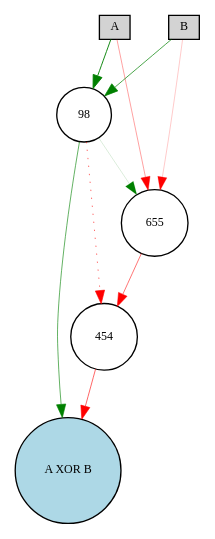
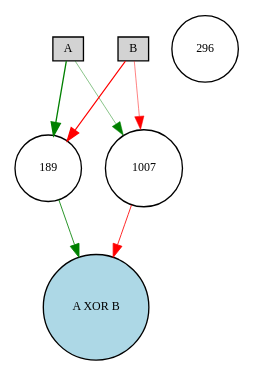
Before and after one commit to alancet/test: the diagram in neat-python/Digraph.gv, drawn with Graphviz. The commit also changed 15 other files, not shown here.

```diff
--- a/neat-python/Digraph.gv
+++ b/neat-python/Digraph.gv
@@ -1,18 +1,15 @@
 digraph {
 	node [fontsize=9 height=0.2 shape=circle width=0.2]
 	A [fillcolor=lightgray shape=box style=filled]
 	B [fillcolor=lightgray shape=box style=filled]
 	"A XOR B" [fillcolor=lightblue style=filled]
-	98 [fillcolor=white style=filled]
-	454 [fillcolor=white style=filled]
-	655 [fillcolor=white style=filled]
-	98 -> "A XOR B" [color=green penwidth=0.4624360929380573 style=solid]
-	655 -> 454 [color=red penwidth=0.4127987358314088 style=solid]
-	98 -> 454 [color=red penwidth=0.43578079683050774 style=dotted]
-	A -> 655 [color=red penwidth=0.28186059110174944 style=solid]
-	98 -> 655 [color=green penwidth=0.11133057608927303 style=solid]
-	B -> 655 [color=red penwidth=0.16138851092994788 style=solid]
-	B -> 98 [color=green penwidth=0.5331374325703434 style=solid]
-	A -> 98 [color=green penwidth=0.6937285538042898 style=solid]
-	454 -> "A XOR B" [color=red penwidth=0.44696230707236073 style=solid]
+	296 [fillcolor=white style=filled]
+	189 [fillcolor=white style=filled]
+	1007 [fillcolor=white style=filled]
+	A -> 189 [color=green penwidth=0.9945186862781502 style=solid]
+	189 -> "A XOR B" [color=green penwidth=0.6301913283706994 style=solid]
+	B -> 189 [color=red penwidth=0.8743329812204511 style=solid]
+	A -> 1007 [color=green penwidth=0.3481263579787651 style=solid]
+	B -> 1007 [color=red penwidth=0.36939191526092297 style=solid]
+	1007 -> "A XOR B" [color=red penwidth=0.629571511541764 style=solid]
 }
```
